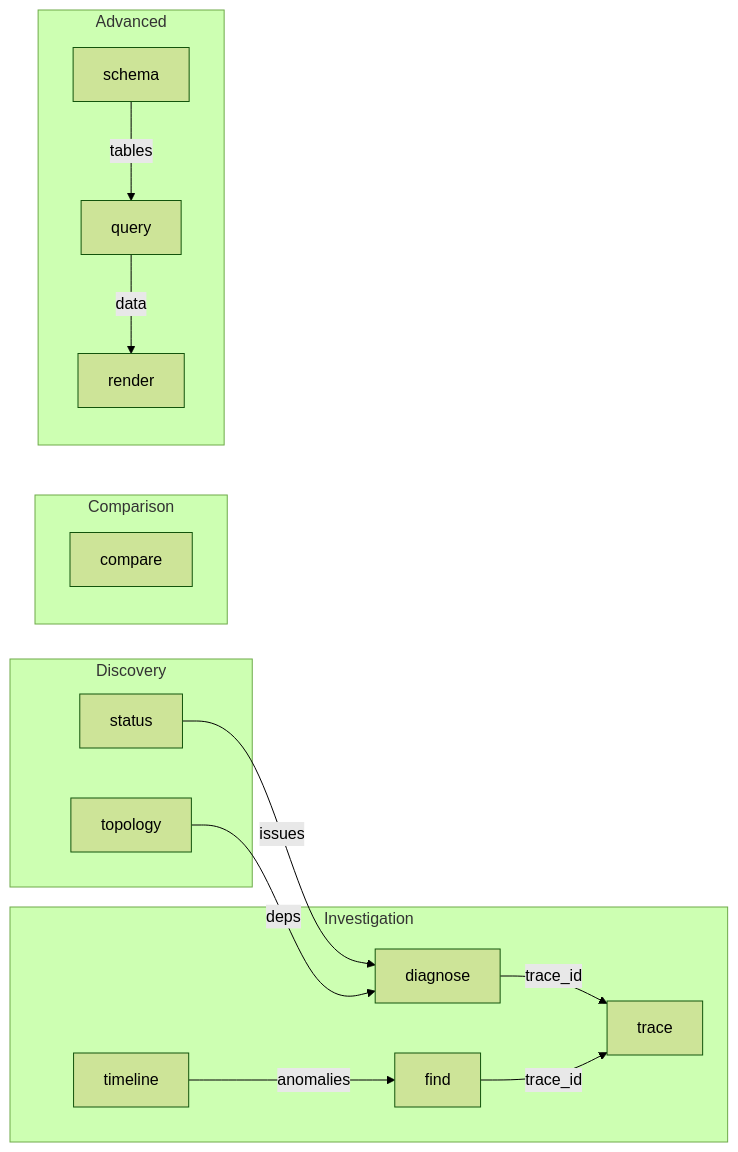
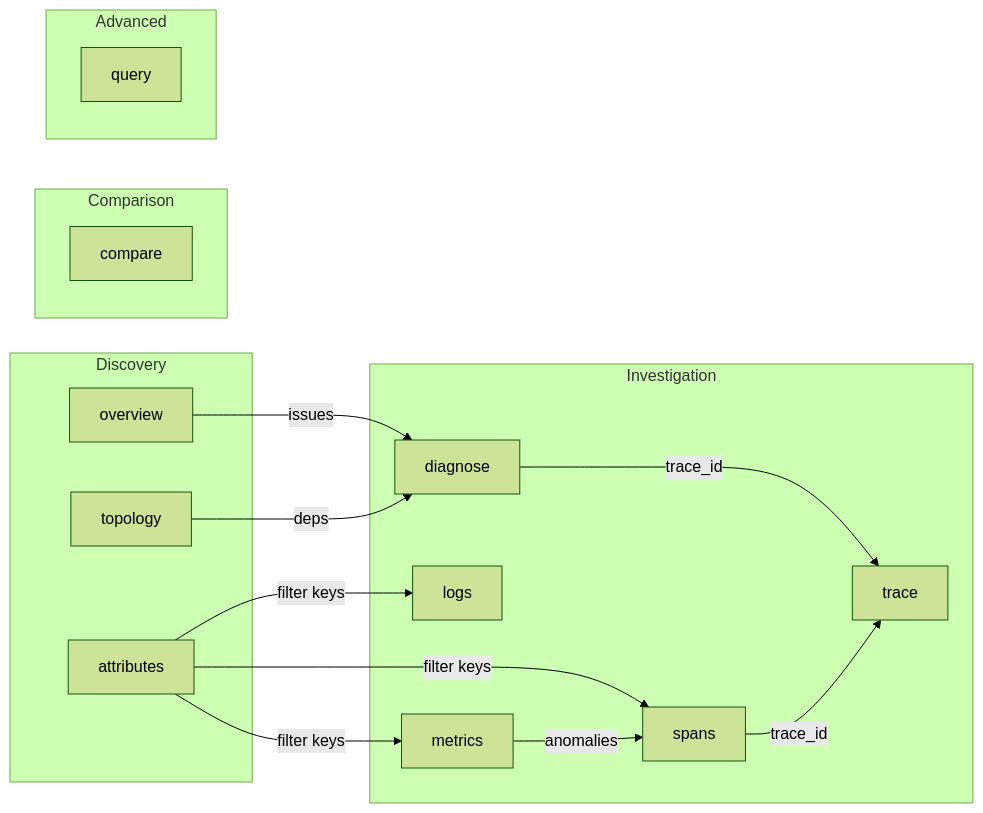
One commit to labstack/fanout changed the sixth of 10 diagrams in ARCHITECTURE.md. Above: the diagram before and after it, drawn with Mermaid (forest theme). The commit also changed other lines of this file and 3 other files, not shown here.

````diff
--- a/ARCHITECTURE.md
+++ b/ARCHITECTURE.md
@@ -326,32 +319,31 @@
 ```mermaid
 graph LR
     subgraph Discovery
-        ST[status]
+        OV[overview]
         TP[topology]
+        AT[attributes]
     end
 
     subgraph Investigation
         DG[diagnose]
-        FD[find]
+        SP[spans]
+        LG[logs]
+        MT[metrics]
         TR[trace]
-        TL[timeline]
     end
 
     subgraph Comparison
         CM[compare]
     end
 
     subgraph Advanced
         QR[query]
-        SC[schema]
-        RD[render]
     end
 
-    ST --> |"issues"| DG
+    OV --> |"issues"| DG
     TP --> |"deps"| DG
     DG --> |"trace_id"| TR
-    FD --> |"trace_id"| TR
-    TL --> |"anomalies"| FD
-    SC --> |"tables"| QR
-    QR --> |"data"| RD
+    SP --> |"trace_id"| TR
+    AT --> |"filter keys"| SP & LG & MT
+    MT --> |"anomalies"| SP
 ```
````
